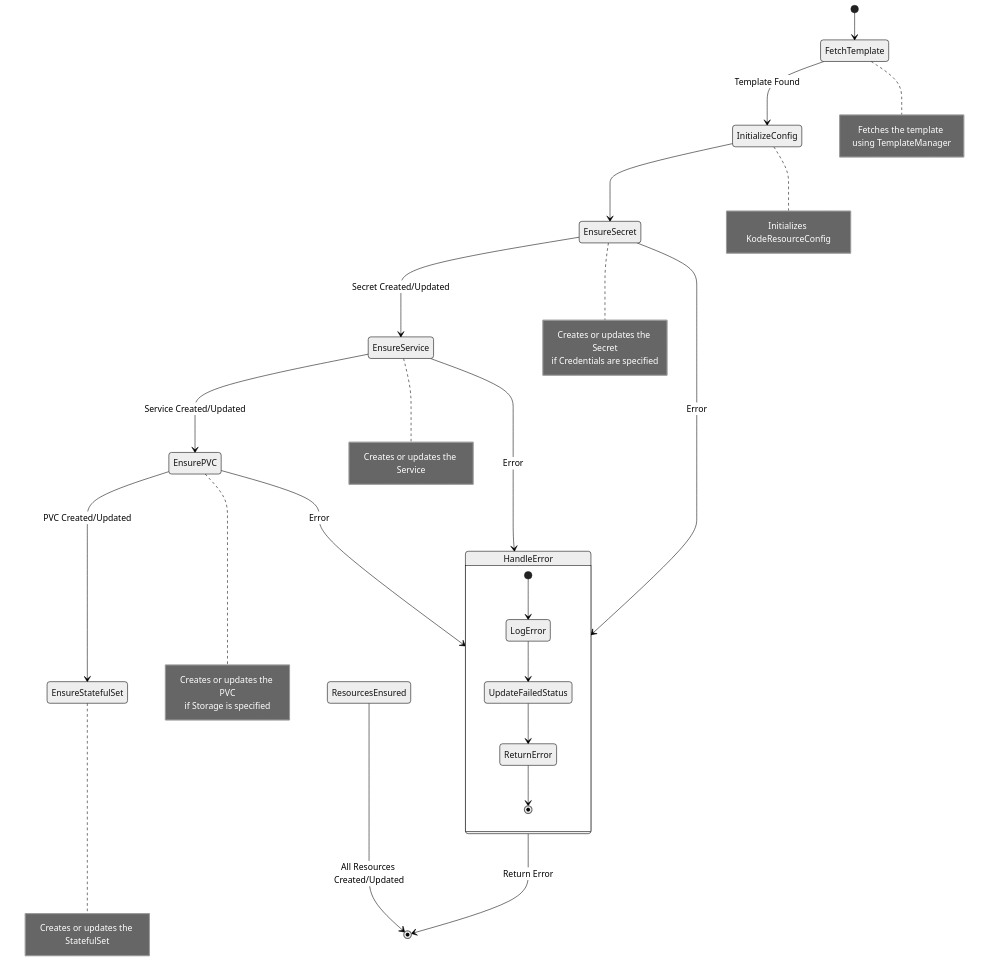
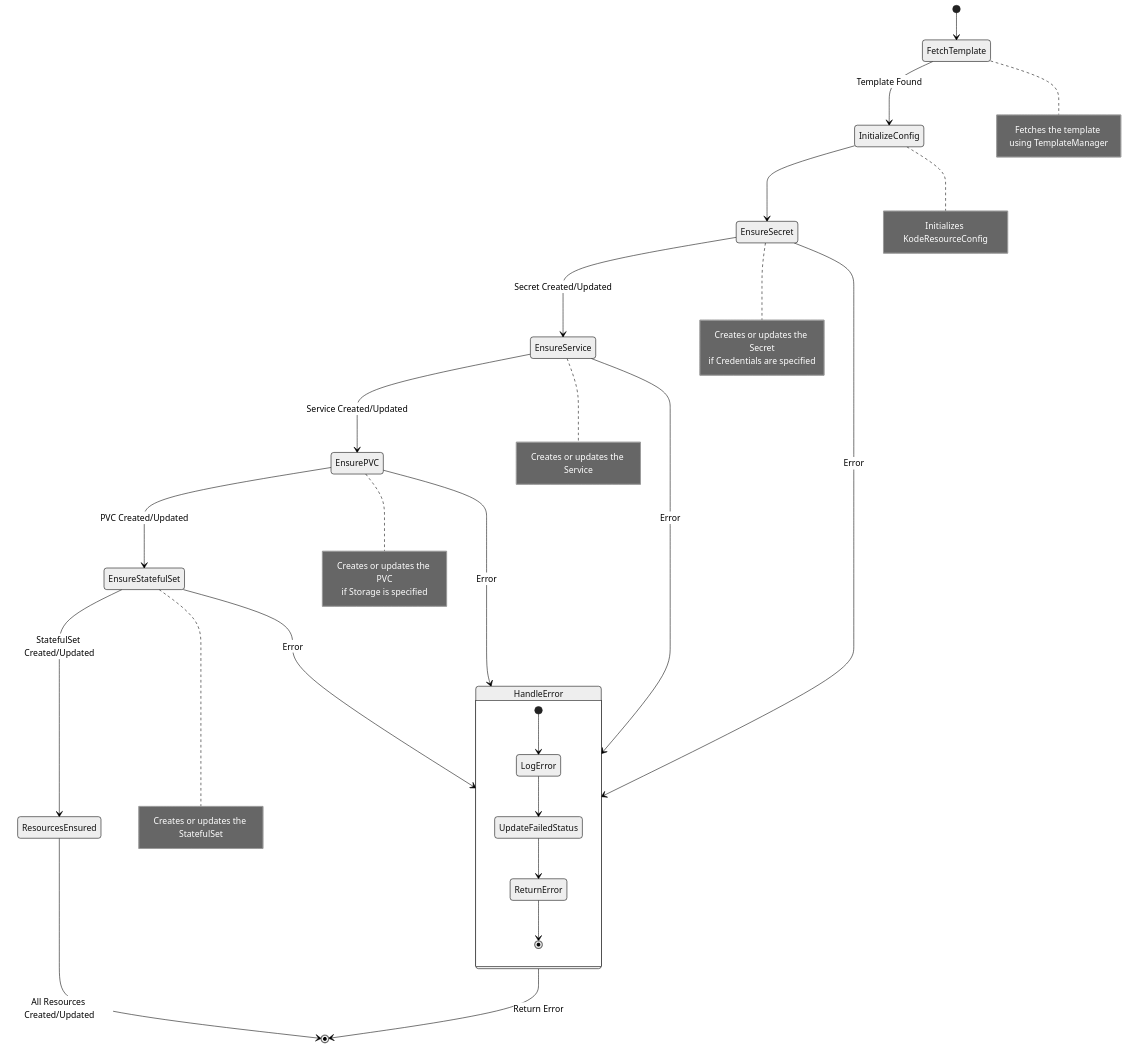
One commit to jacero-io/kode-operator changed the diagram in docs/diagrams/kode-ensure-resources.mmd. Above: the diagram before and after it, drawn with Mermaid (neutral theme). The commit also changed 101 other files, not shown here.

```diff
--- a/docs/diagrams/kode-ensure-resources.mmd
+++ b/docs/diagrams/kode-ensure-resources.mmd
@@ -1,50 +1,53 @@
 stateDiagram-v2
     [*] --> FetchTemplate
     FetchTemplate --> InitializeConfig : Template Found
     InitializeConfig --> EnsureSecret
     
     EnsureSecret --> EnsureService : Secret Created/Updated
     EnsureSecret --> HandleError : Error
 
     EnsureService --> EnsurePVC : Service Created/Updated
     EnsureService --> HandleError : Error
 
     EnsurePVC --> EnsureStatefulSet : PVC Created/Updated
     EnsurePVC --> HandleError : Error
+
+    EnsureStatefulSet --> ResourcesEnsured : StatefulSet Created/Updated
+    EnsureStatefulSet --> HandleError : Error
 
     HandleError --> [*] : Return Error
 
     ResourcesEnsured --> [*] : All Resources Created/Updated
 
     state HandleError {
         [*] --> LogError
         LogError --> UpdateFailedStatus
         UpdateFailedStatus --> ReturnError
         ReturnError --> [*]
     }
 
     note right of FetchTemplate
         Fetches the template using TemplateManager
     end note
 
     note right of InitializeConfig
         Initializes KodeResourceConfig
     end note
 
     note right of EnsureSecret
         Creates or updates the Secret
         if Credentials are specified
     end note
 
     note right of EnsureService
         Creates or updates the Service
     end note
 
     note right of EnsurePVC
         Creates or updates the PVC
         if Storage is specified
     end note
 
     note right of EnsureStatefulSet
         Creates or updates the StatefulSet
     end note
```
